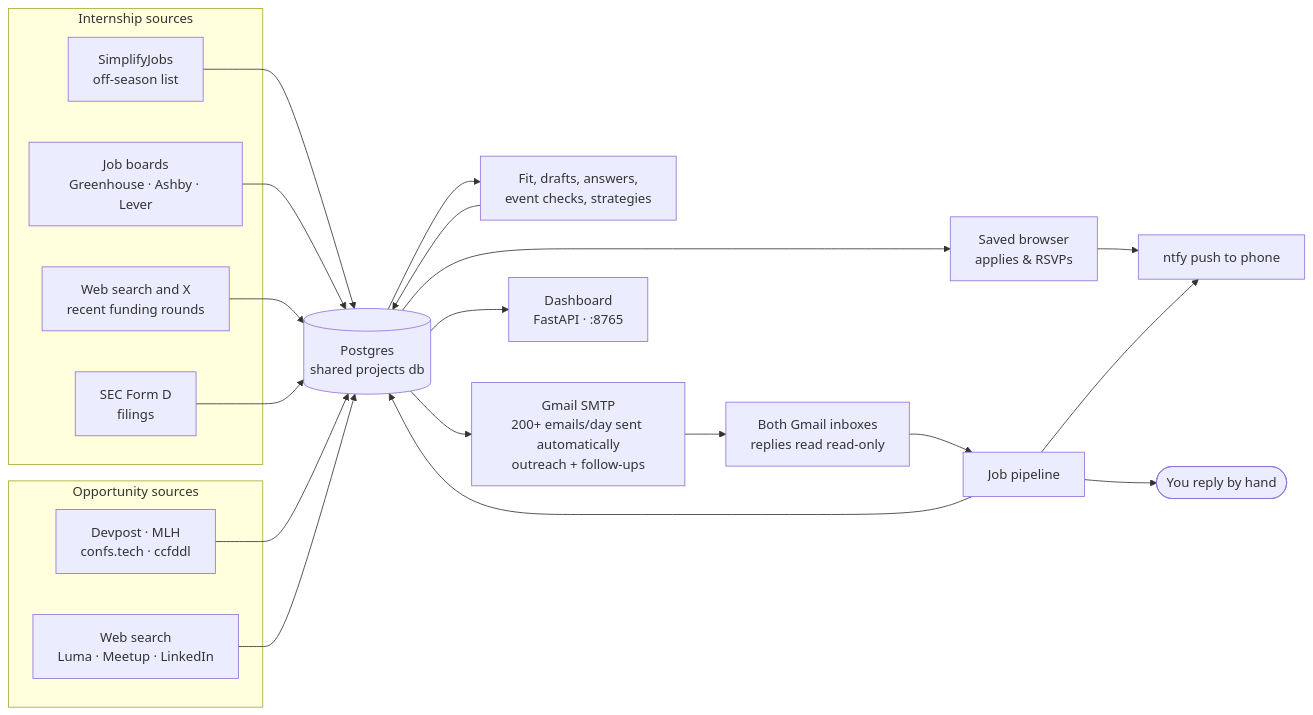
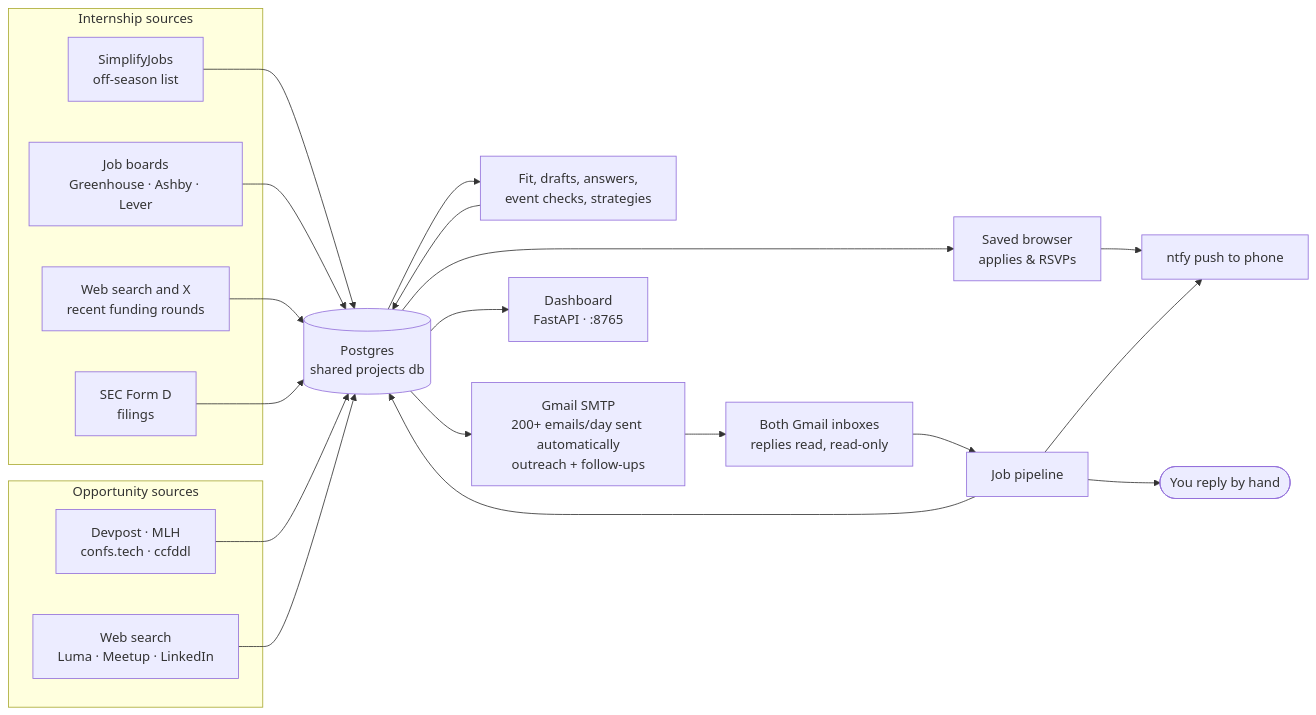
The second of 3 diagrams in README.md (aaravhmodi/intern-agent), drawn with Mermaid before and after one commit. The commit also changed other lines of this file, not shown here.

Commit message:
README: 350+ sent in a single day; show the manual hand-off in the diagrams

````diff
--- a/README.md
+++ b/README.md
@@ -150,24 +152,24 @@
 ```mermaid
 flowchart LR
   subgraph Internship sources
     SIM[SimplifyJobs<br/>off-season list]
     BOARDS[Job boards<br/>Greenhouse · Ashby · Lever]
     WEB[Web search and X<br/>recent funding rounds]
     FORMD[SEC Form D<br/>filings]
   end
   subgraph Opportunity sources
     FEEDS[Devpost · MLH<br/>confs.tech · ccfddl]
     EVENTS[Web search<br/>Luma · Meetup · LinkedIn]
   end
   SIM & BOARDS & WEB & FORMD & FEEDS & EVENTS --> STORE[(Postgres<br/>shared projects db)]
   STORE --> AI[Fit, drafts, answers,<br/>event checks, strategies]
   AI --> STORE
   STORE --> BROWSER[Saved browser<br/>applies & RSVPs]
   STORE --> SEND[Gmail SMTP<br/>200+ emails/day sent automatically<br/>outreach + follow-ups]
   SEND --> GMAIL
-  GMAIL[Both Gmail inboxes<br/>replies read read-only] --> PIPE[Job pipeline]
+  GMAIL[Both Gmail inboxes<br/>replies read, read-only] --> PIPE[Job pipeline]
   PIPE --> YOU2([You reply by hand])
   PIPE --> STORE
   STORE --> DASH[Dashboard<br/>FastAPI · :8765]
   BROWSER & PIPE --> NTFY[ntfy push to phone]
 ```
````
